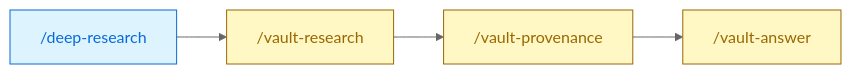
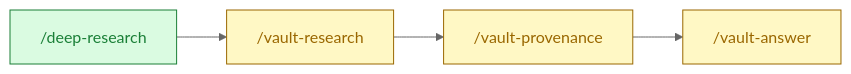
The ninth of 9 diagrams in README.md (DoctorMozg/claude-pipelines), drawn with Mermaid (neutral theme) before and after one commit. The commit also changed other lines of this file and 12 other files, not shown here.

Commit message:
Moving deep-research to pipe plugin

````diff
--- a/README.md
+++ b/README.md
@@ -164,8 +164,8 @@
 ```mermaid
 flowchart LR
-    A["/deep-research"]:::base --> B["/vault-research"]:::know
+    A["/deep-research"]:::pipe --> B["/vault-research"]:::know
     B --> C["/vault-provenance"]:::know
     C --> D["/vault-answer"]:::know
-    classDef base fill:#ddf4ff,stroke:#0969da,color:#0969da
+    classDef pipe fill:#dafbe1,stroke:#1a7f37,color:#1a7f37
     classDef know fill:#fff8c5,stroke:#9a6700,color:#9a6700
 ```
````
